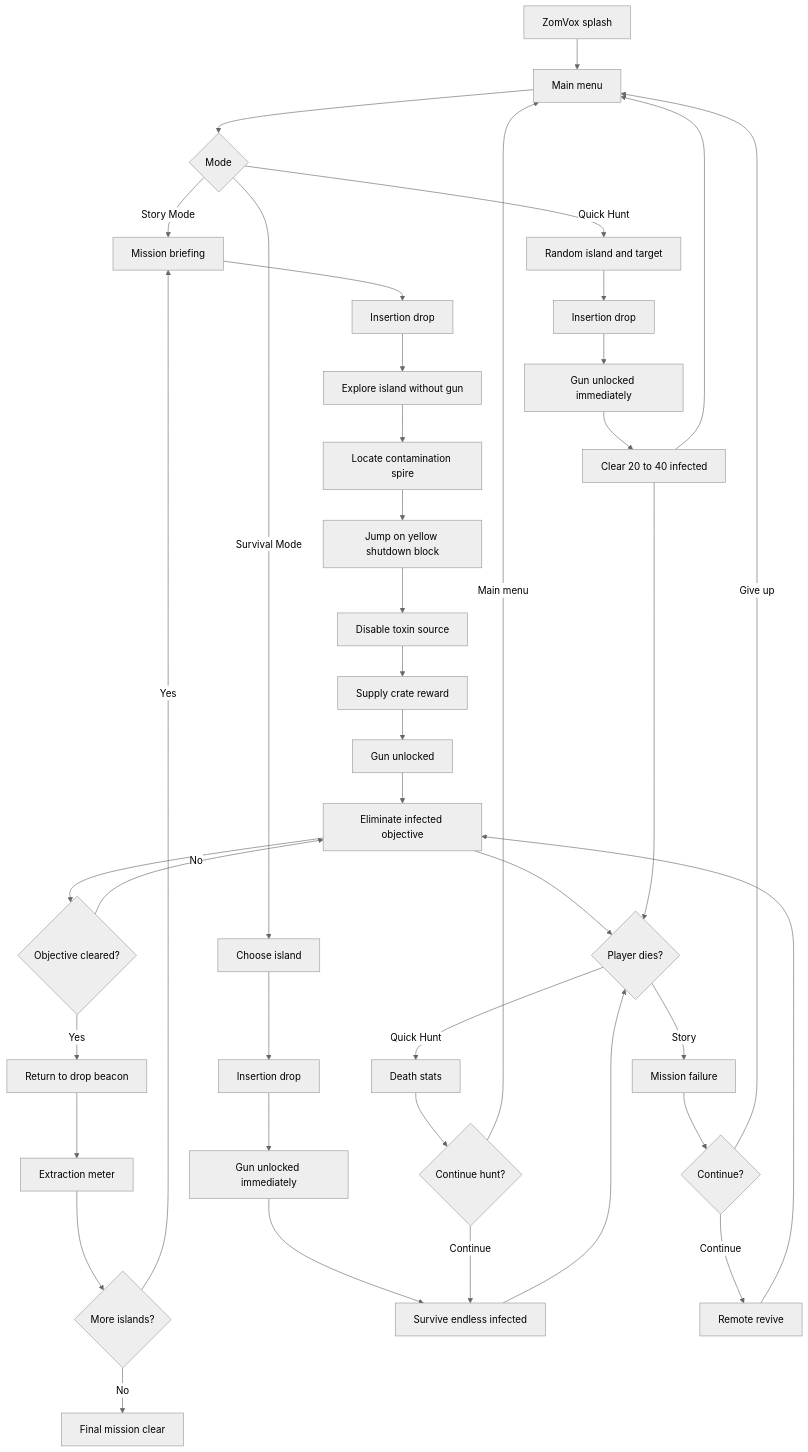
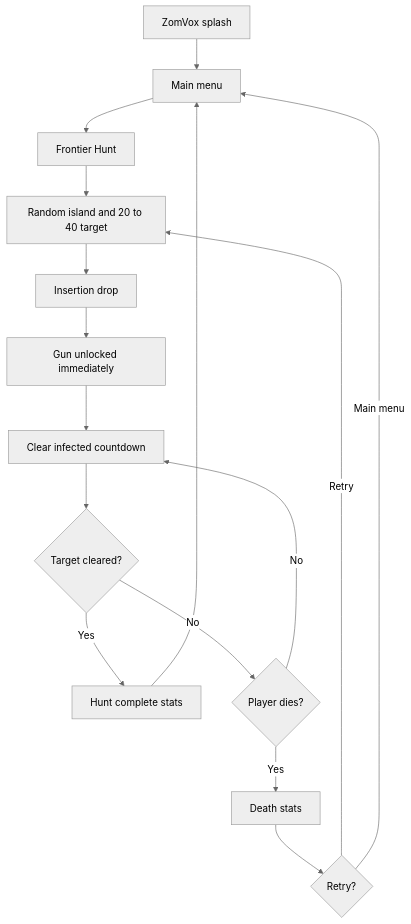
One commit to jayjonesvip/zomvox changed the diagram in README.md. Above: the diagram before and after it, drawn with Mermaid (neutral theme). The commit also changed other lines of this file and 6 other files, not shown here.

Commit message:
Focus ZomVox on Frontier Hunt

````diff
--- a/README.md
+++ b/README.md
@@ -59,46 +58,18 @@
 ```mermaid
 flowchart TD
     A[ZomVox splash] --> B[Main menu]
-    B --> C{Mode}
-
-    C -->|Story Mode| D[Mission briefing]
+    B --> C[Frontier Hunt]
+    C --> D[Random island and 20 to 40 target]
     D --> E[Insertion drop]
-    E --> F[Explore island without gun]
-    F --> G[Locate contamination spire]
-    G --> H[Jump on yellow shutdown block]
-    H --> I[Disable toxin source]
-    I --> J[Supply crate reward]
-    J --> K[Gun unlocked]
-    K --> L[Eliminate infected objective]
-    L --> M{Objective cleared?}
-    M -->|No| L
-    M -->|Yes| N[Return to drop beacon]
-    N --> O[Extraction meter]
-    O --> P{More islands?}
-    P -->|Yes| D
-    P -->|No| R[Final mission clear]
-
-    C -->|Survival Mode| S[Choose island]
-    S --> U[Insertion drop]
-    U --> V[Gun unlocked immediately]
-    V --> W[Survive endless infected]
-
-    C -->|Quick Hunt| AD[Random island and target]
-    AD --> AE[Insertion drop]
-    AE --> AF[Gun unlocked immediately]
-    AF --> AG[Clear 20 to 40 infected]
-    AG --> B
-
-    L --> X{Player dies?}
-    W --> X
-    AG --> X
-    X -->|Story| Y[Mission failure]
-    Y --> Z{Continue?}
-    Z -->|Continue| AA[Remote revive]
-    AA --> L
-    Z -->|Give up| B
-    X -->|Quick Hunt| AB[Death stats]
-    AB --> AC{Continue hunt?}
-    AC -->|Continue| W
-    AC -->|Main menu| B
+    E --> F[Gun unlocked immediately]
+    F --> G[Clear infected countdown]
+    G --> H{Target cleared?}
+    H -->|Yes| I[Hunt complete stats]
+    I --> B
+    H -->|No| J{Player dies?}
+    J -->|No| G
+    J -->|Yes| K[Death stats]
+    K --> L{Retry?}
+    L -->|Retry| D
+    L -->|Main menu| B
 ```
````
